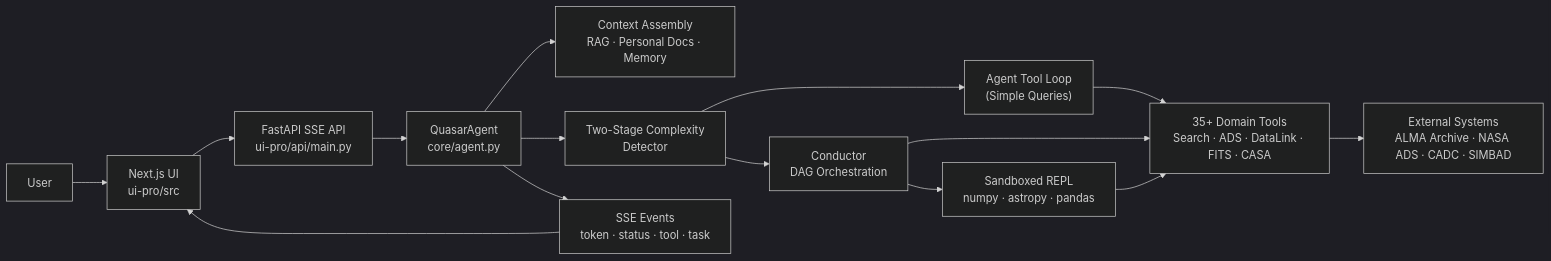
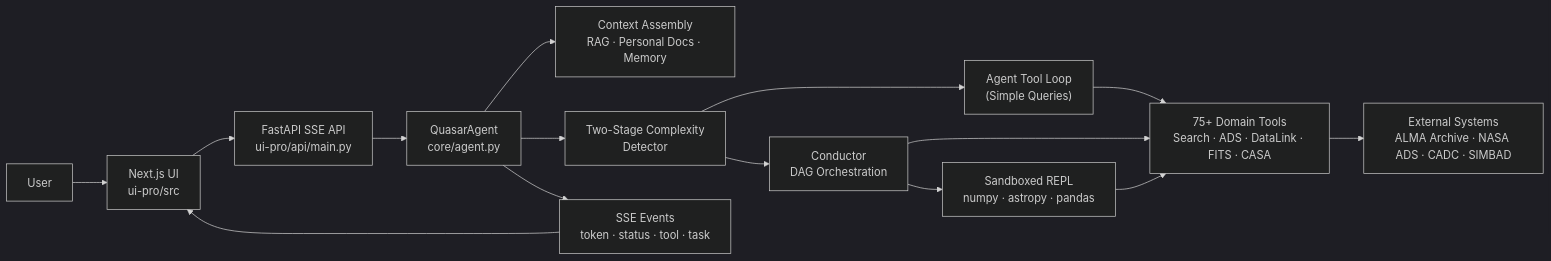
The diagram in README.md (adamzacharia/Quasar), drawn with Mermaid (dark theme) before and after one commit. The commit also changed other lines of this file, not shown here.

Commit message:
updated tool counts and github link in README.md

````diff
--- a/README.md
+++ b/README.md
@@ -42,27 +42,27 @@
 ```mermaid
 flowchart LR
     U["User"]
     FE["Next.js UI<br/>ui-pro/src"]
     API["FastAPI SSE API<br/>ui-pro/api/main.py"]
     AG["QuasarAgent<br/>core/agent.py"]
     CTX["Context Assembly<br/>RAG · Personal Docs · Memory"]
     CD["Two-Stage Complexity<br/>Detector"]
     DIRECT["Agent Tool Loop<br/>(Simple Queries)"]
     COND["Conductor<br/>DAG Orchestration"]
     REPL["Sandboxed REPL<br/>numpy · astropy · pandas"]
-    SVC["35+ Domain Tools<br/>Search · ADS · DataLink · FITS · CASA"]
+    SVC["75+ Domain Tools<br/>Search · ADS · DataLink · FITS · CASA"]
     EXT["External Systems<br/>ALMA Archive · NASA ADS · CADC · SIMBAD"]
     SSE["SSE Events<br/>token · status · tool · task"]
 
     U --> FE --> API --> AG
     AG --> CTX
     AG --> CD
     CD --> DIRECT
     CD --> COND
     DIRECT --> SVC
     COND --> SVC
     COND --> REPL
     REPL --> SVC
     SVC --> EXT
     AG --> SSE --> FE
 ```
````
